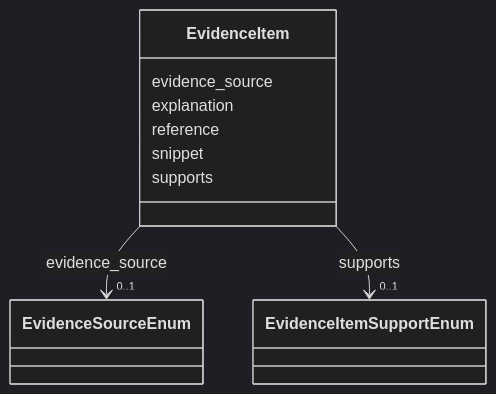
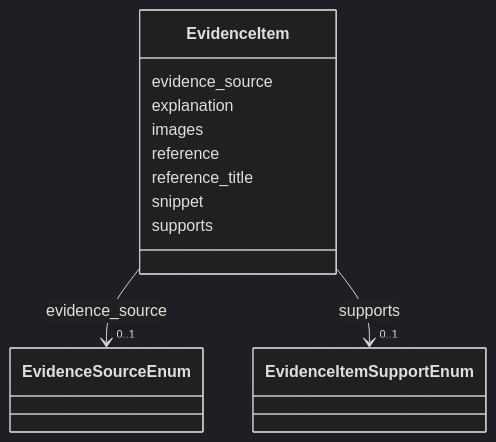
The diagram in docs/schema/classes/EvidenceItem.md (monarch-initiative/dismech), drawn with Mermaid (dark theme) before and after one commit. The commit also changed other lines of this file and 1343 other files, not shown here.

First line of the commit message:
docs: regenerate schema docs and point design-decisions link at rendered page

````diff
--- a/docs/schema/classes/EvidenceItem.md
+++ b/docs/schema/classes/EvidenceItem.md
@@ -13,34 +13,38 @@
 ```mermaid
  classDiagram
     class EvidenceItem
     click EvidenceItem href "../../classes/EvidenceItem/"
       EvidenceItem : evidence_source
         
           
     
         
         
         EvidenceItem --> "0..1" EvidenceSourceEnum : evidence_source
         click EvidenceSourceEnum href "../../enums/EvidenceSourceEnum/"
     
 
         
       EvidenceItem : explanation
         
+      EvidenceItem : images
+        
       EvidenceItem : reference
+        
+      EvidenceItem : reference_title
         
       EvidenceItem : snippet
         
       EvidenceItem : supports
         
           
     
         
         
         EvidenceItem --> "0..1" EvidenceItemSupportEnum : supports
         click EvidenceItemSupportEnum href "../../enums/EvidenceItemSupportEnum/"
     
 
         
       
 ```
````
